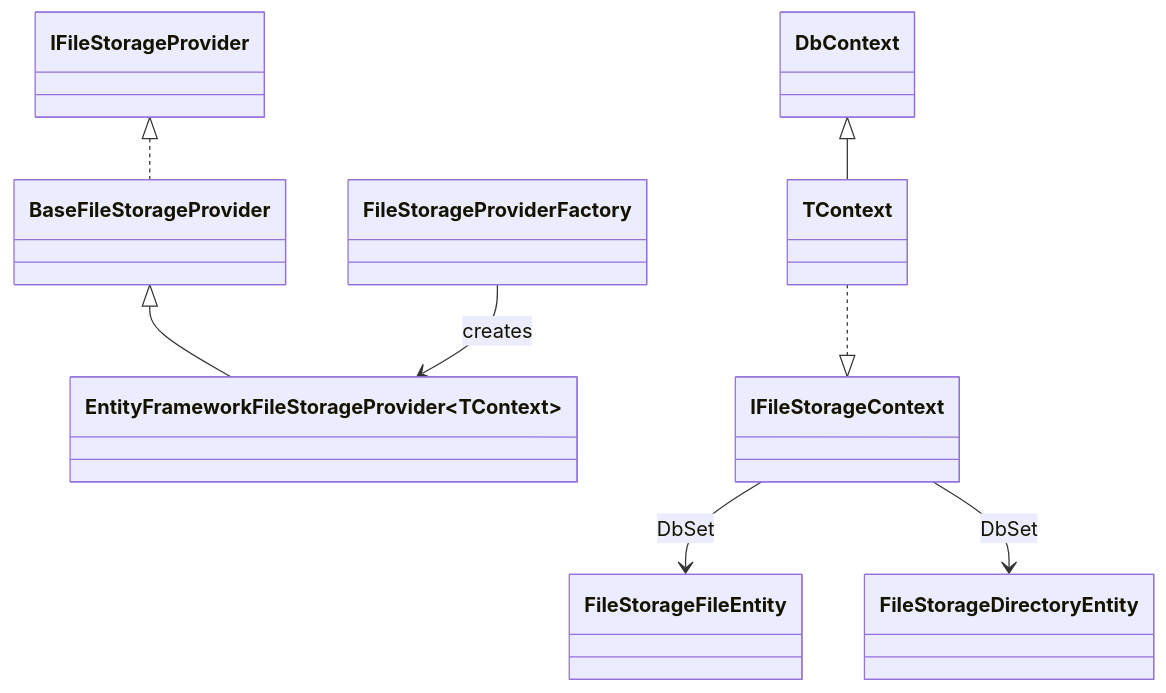
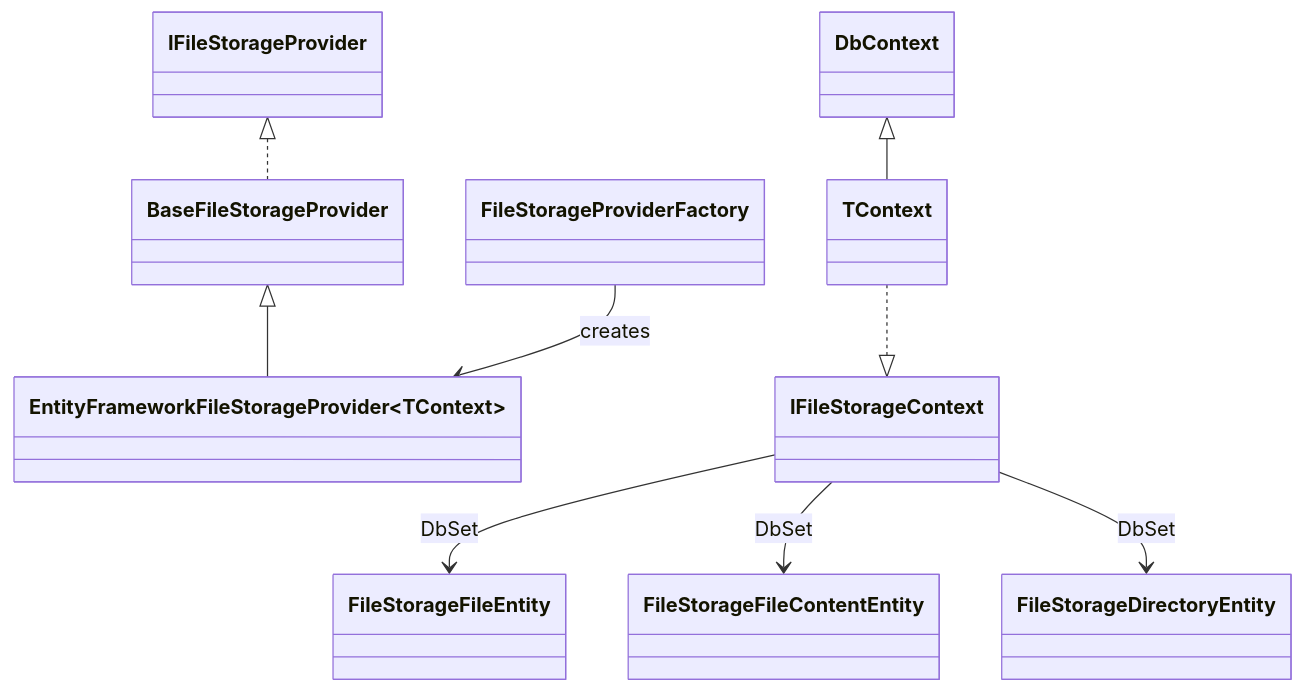
One commit to BridgingIT-GmbH/bITdevKit changed the first of 2 diagrams in docs/designs/design-application-storage-entityframework-filesystem.md. Above: the diagram before and after it, drawn with Mermaid. The commit also changed other lines of this file and 3 other files, not shown here.

````diff
--- a/docs/designs/design-application-storage-entityframework-filesystem.md
+++ b/docs/designs/design-application-storage-entityframework-filesystem.md
@@ -110,19 +110,21 @@
 ```mermaid
 classDiagram
     class IFileStorageProvider
     class BaseFileStorageProvider
     class EntityFrameworkFileStorageProvider~TContext~
     class IFileStorageContext
     class FileStorageFileEntity
+    class FileStorageFileContentEntity
     class FileStorageDirectoryEntity
     class DbContext
     class FileStorageProviderFactory
 
     IFileStorageProvider <|.. BaseFileStorageProvider
     BaseFileStorageProvider <|-- EntityFrameworkFileStorageProvider~TContext~
     DbContext <|-- TContext
     TContext ..|> IFileStorageContext
     IFileStorageContext --> FileStorageFileEntity : DbSet
+    IFileStorageContext --> FileStorageFileContentEntity : DbSet
     IFileStorageContext --> FileStorageDirectoryEntity : DbSet
     FileStorageProviderFactory --> EntityFrameworkFileStorageProvider~TContext~ : creates
 ```
````
